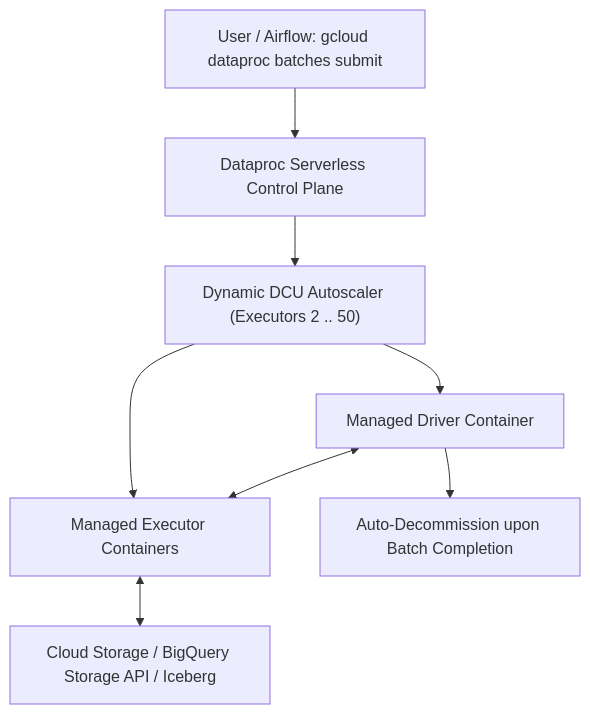
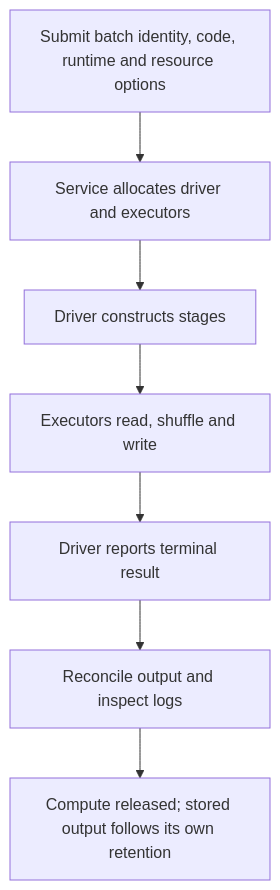
Before and after one commit to Rohit1024/data-engineer: the diagram in docs/lessons/0021-dataproc-serverless-spark.md, drawn with Mermaid. The commit also changed other lines of this file and 60 other files, not shown here.

````diff
--- a/docs/lessons/0021-dataproc-serverless-spark.md
+++ b/docs/lessons/0021-dataproc-serverless-spark.md
@@ -13,10 +11,9 @@
-``` mermaid
+```mermaid
 flowchart TD
-    Submit["User / Airflow: gcloud dataproc batches submit"] --> ControlPlane["Dataproc Serverless Control Plane"]
-    ControlPlane --> AutoScale["Dynamic DCU Autoscaler (Executors 2 .. 50)"]
-    AutoScale --> SparkDriver["Managed Driver Container"]
-    AutoScale --> SparkExec["Managed Executor Containers"]
-    SparkDriver <--> SparkExec
-    SparkExec <--> Storage["Cloud Storage / BigQuery Storage API / Iceberg"]
-    SparkDriver --> Cleanup["Auto-Decommission upon Batch Completion"]
+    A["Submit batch identity, code, runtime and resource options"] --> B["Service allocates driver and executors"]
+    B --> C["Driver constructs stages"]
+    C --> D["Executors read, shuffle and write"]
+    D --> E["Driver reports terminal result"]
+    E --> F["Reconcile output and inspect logs"]
+    F --> G["Compute released; stored output follows its own retention"]
 ```
````
